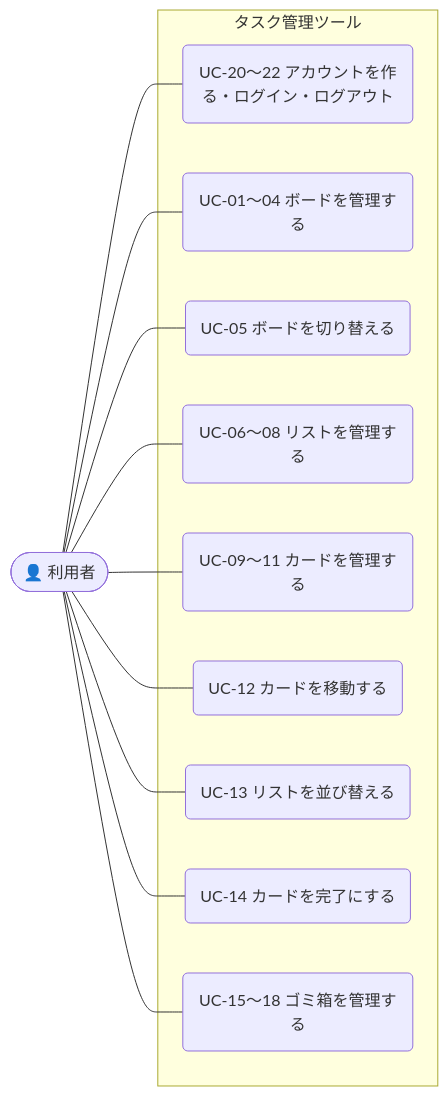
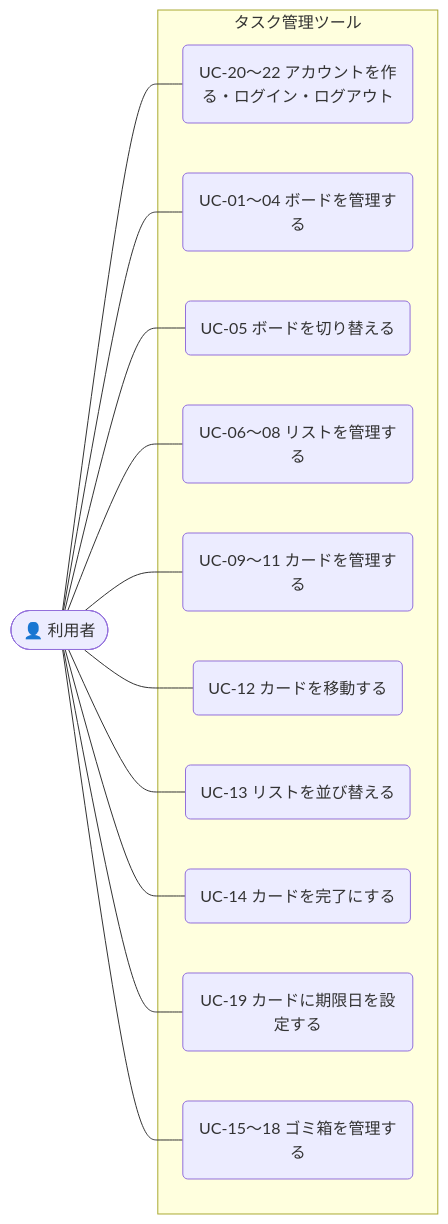
Before and after one commit to major182/TaskManegementTool: the diagram in 01-1_use-cases.md, drawn with Mermaid. The commit also changed other lines of this file and 5 other files, not shown here.

````diff
--- a/01-1_use-cases.md
+++ b/01-1_use-cases.md
@@ -54,26 +55,28 @@
 ```mermaid
 flowchart LR
     U(["👤 利用者"])
 
     subgraph APP["タスク管理ツール"]
         UC2022("UC-20〜22 アカウントを作る・ログイン・ログアウト")
         UC0104("UC-01〜04 ボードを管理する")
         UC05("UC-05 ボードを切り替える")
         UC0608("UC-06〜08 リストを管理する")
         UC0911("UC-09〜11 カードを管理する")
         UC12("UC-12 カードを移動する")
         UC13("UC-13 リストを並び替える")
         UC14("UC-14 カードを完了にする")
+        UC19("UC-19 カードに期限日を設定する")
         UC1518("UC-15〜18 ゴミ箱を管理する")
     end
 
     U --- UC2022
     U --- UC0104
     U --- UC05
     U --- UC0608
     U --- UC0911
     U --- UC12
     U --- UC13
     U --- UC14
+    U --- UC19
     U --- UC1518
 ```
````
